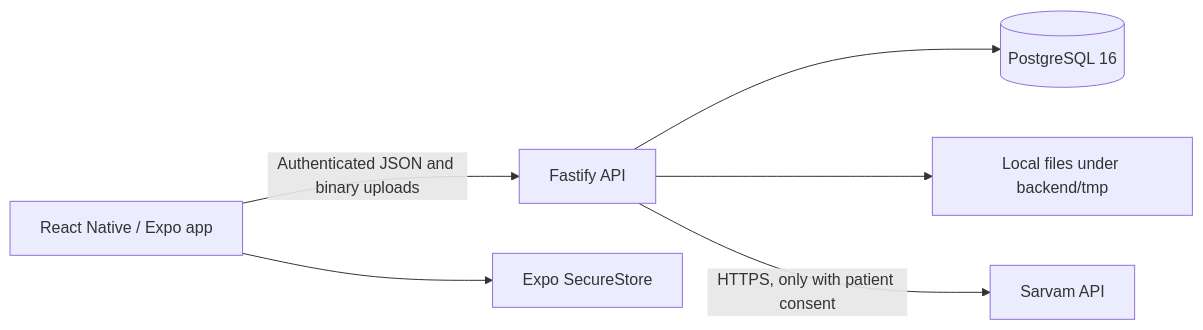
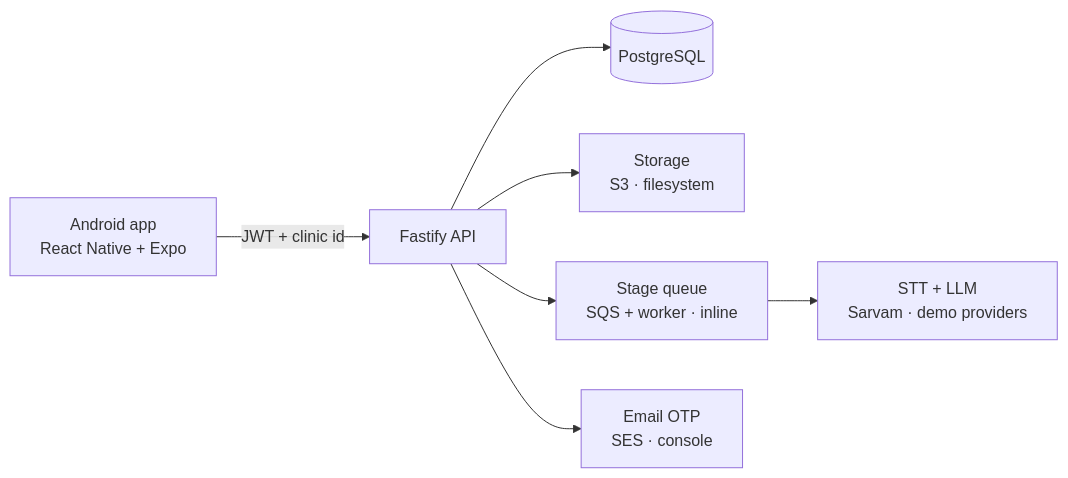
One commit to MurtazaSaifee/physio-note-finisher changed the diagram in README.md. Above: the diagram before and after it, drawn with Mermaid. The commit also changed other lines of this file and 344 other files, not shown here.

````diff
--- a/README.md
+++ b/README.md
@@ -26,8 +75,9 @@
 ```mermaid
 flowchart LR
-  App["React Native / Expo app"] -->|"Authenticated JSON and binary uploads"| API["Fastify API"]
-  API --> DB[("PostgreSQL 16")]
-  API --> Files["Local files under backend/tmp"]
-  API -->|"HTTPS, only with patient consent"| Sarvam["Sarvam API"]
-  App --> Secure["Expo SecureStore"]
+  App["Android app<br/>React Native + Expo"] -->|"JWT + clinic id"| API["Fastify API"]
+  API --> DB[("PostgreSQL")]
+  API --> Store["Storage<br/>S3 · filesystem"]
+  API --> Queue["Stage queue<br/>SQS + worker · inline"]
+  Queue --> AI["STT + LLM<br/>Sarvam · demo providers"]
+  API --> Mail["Email OTP<br/>SES · console"]
 ```
````
